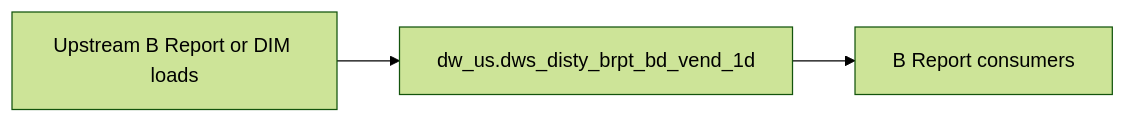
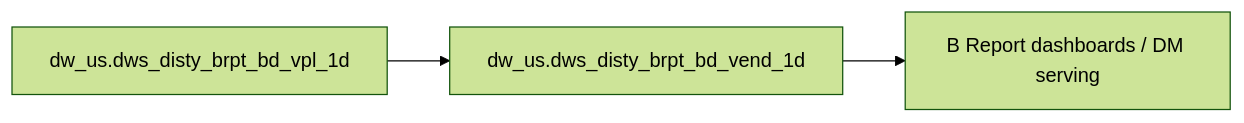
The diagram in backend/defaults/b_report/workspace/target/knowledgebase/b-report-us/dws_disty_brpt_bd_vend_1d.md (chengduhaha/data_agent), drawn with Mermaid (forest theme) before and after one commit. The commit also changed other lines of this file and 1108 other files, not shown here.

````diff
--- a/backend/defaults/b_report/workspace/target/knowledgebase/b-report-us/dws_disty_brpt_bd_vend_1d.md
+++ b/backend/defaults/b_report/workspace/target/knowledgebase/b-report-us/dws_disty_brpt_bd_vend_1d.md
@@ -150,8 +267,8 @@
 ```mermaid
 flowchart LR
-  upstream[Upstream B Report or DIM loads]
-  tgt["dw_us.dws_disty_brpt_bd_vend_1d"]
-  brpt[B Report consumers]
-  upstream --> tgt
-  tgt --> brpt
+  dw_us_dws_disty_brpt_bd_vend_1d["dw_us.dws_disty_brpt_bd_vend_1d"]
+  src0["dw_us.dws_disty_brpt_bd_vpl_1d"]
+  src0 --> dw_us_dws_disty_brpt_bd_vend_1d
+  consumers["B Report dashboards / DM serving"]
+  dw_us_dws_disty_brpt_bd_vend_1d --> consumers
 ```
````
